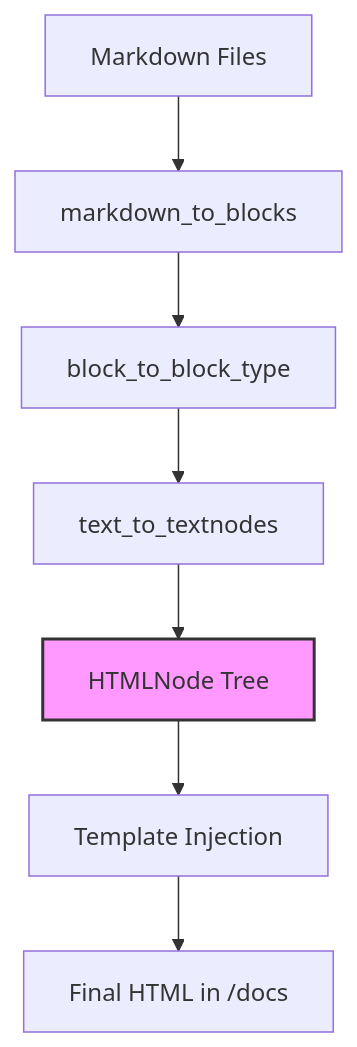
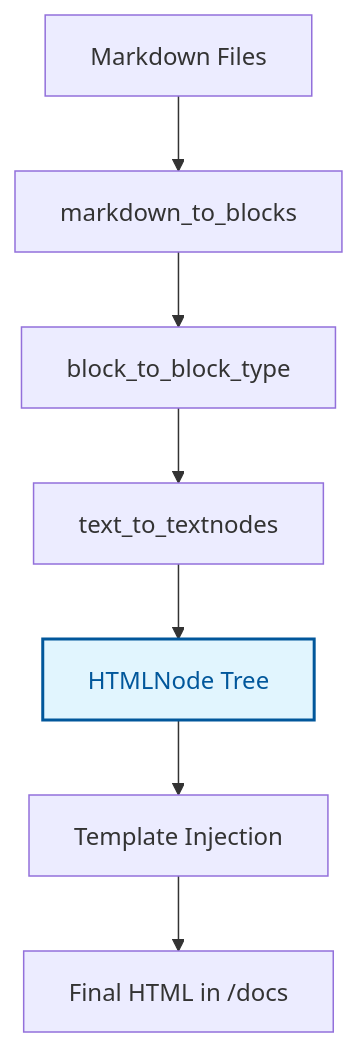
The diagram in README.md (mitlex/static_site_generator), drawn with Mermaid before and after one commit.

````diff
--- a/README.md
+++ b/README.md
@@ -28,11 +28,11 @@
 ```mermaid
 graph TD
     A[Markdown Files] --> B[markdown_to_blocks]
     B --> C[block_to_block_type]
     C --> D[text_to_textnodes]
     D --> E[HTMLNode Tree]
     E --> F[Template Injection]
     F --> G[Final HTML in /docs]
     
-    style E fill:#f9f,stroke:#333,stroke-width:2px
+    style E fill:#e1f5fe,stroke:#01579b,stroke-width:2px,color:#01579b
 ```
````
